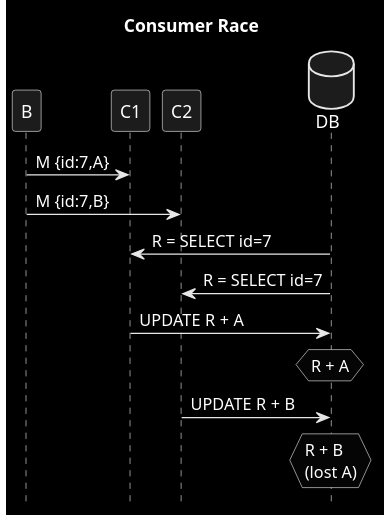
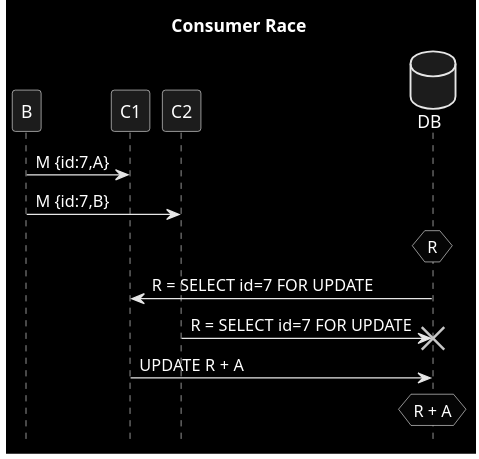
The diagram in patterns/3_race_c_c.puml (victorrentea/kafka), drawn with PlantUML before and after one commit. The commit also changed 2 other files, not shown here.

```diff
--- a/patterns/3_race_c_c.puml
+++ b/patterns/3_race_c_c.puml
@@ -1,15 +1,14 @@
 @startuml
 title Consumer Race
 hide footbox
 skinparam monochrome reverse
 database DB order 9
 
 B->C1: M {id:7,A}
 B->C2: M {id:7,B}
-C1<-DB: R = SELECT id=7
-C2<-DB: R = SELECT id=7
+hnote over DB: R
+C1<-DB: R = SELECT id=7 FOR UPDATE
+C2->DB!!: R = SELECT id=7 FOR UPDATE
 C1->DB: UPDATE R + A
 hnote over DB: R + A
-C2->DB: UPDATE R + B
-hnote over DB: R + B\n(lost A)
 @enduml
```
